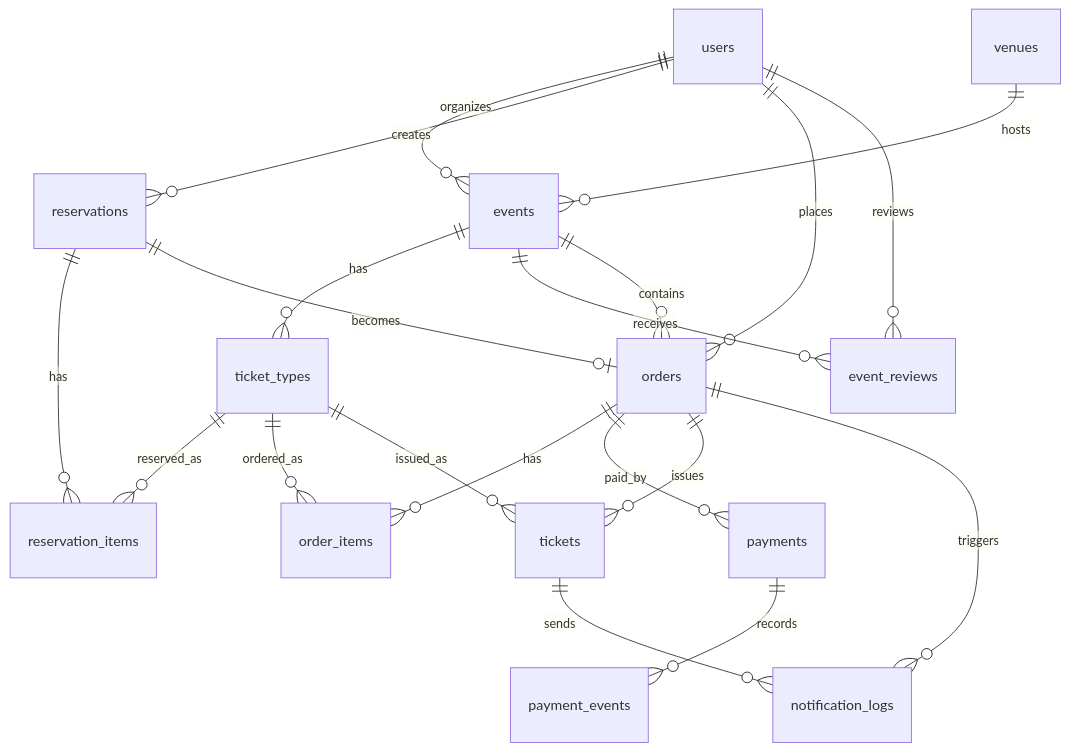
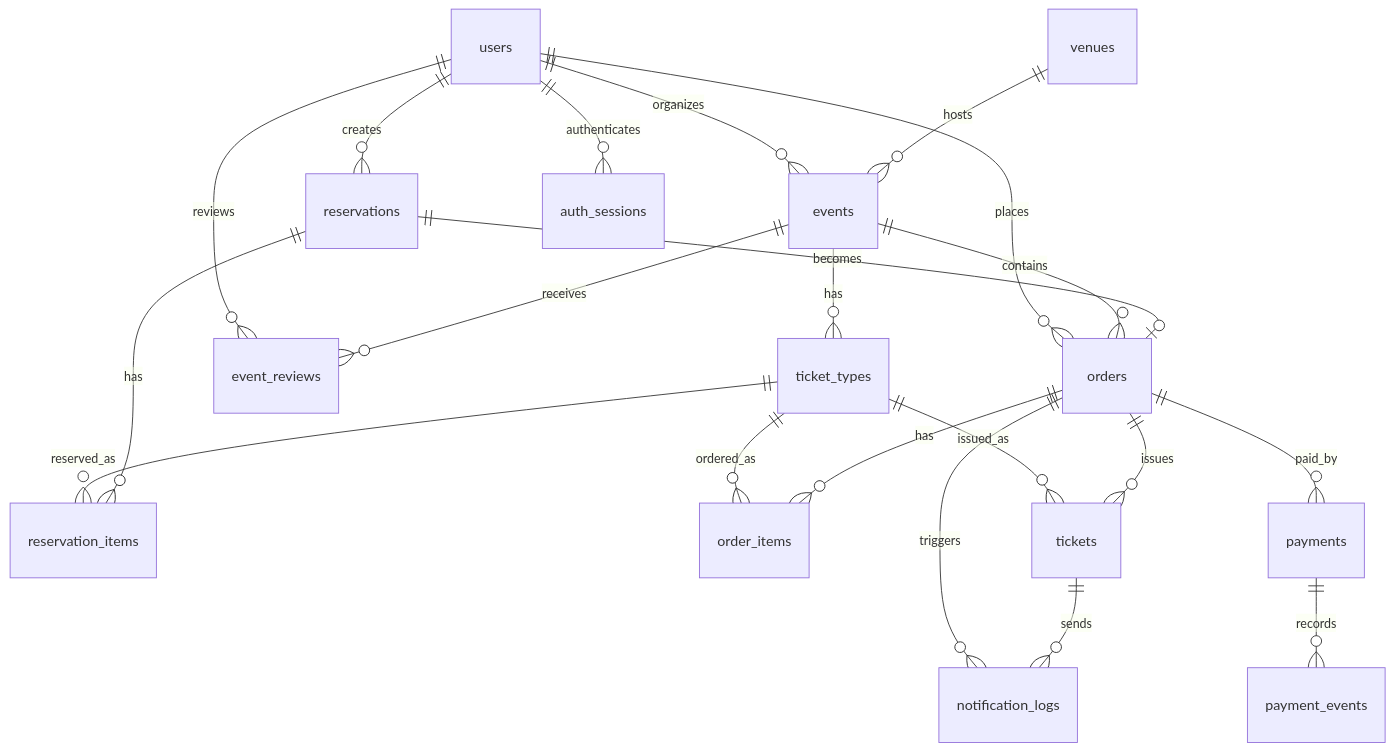
The diagram in docs/database-design.md (leedontbeshy/izTicket), drawn with Mermaid before and after one commit. The commit also changed other lines of this file and 16 other files, not shown here.

````diff
--- a/docs/database-design.md
+++ b/docs/database-design.md
@@ -33,27 +34,28 @@
 ```mermaid
 erDiagram
     users ||--o{ events : organizes
     users ||--o{ reservations : creates
     users ||--o{ orders : places
     users ||--o{ event_reviews : reviews
+    users ||--o{ auth_sessions : authenticates
 
     venues ||--o{ events : hosts
     events ||--o{ ticket_types : has
     events ||--o{ event_reviews : receives
     events ||--o{ orders : contains
 
     ticket_types ||--o{ reservation_items : reserved_as
     ticket_types ||--o{ order_items : ordered_as
     ticket_types ||--o{ tickets : issued_as
 
     reservations ||--o{ reservation_items : has
     reservations ||--o| orders : becomes
 
     orders ||--o{ order_items : has
     orders ||--o{ payments : paid_by
     orders ||--o{ tickets : issues
 
     payments ||--o{ payment_events : records
     orders ||--o{ notification_logs : triggers
     tickets ||--o{ notification_logs : sends
 ```
````
